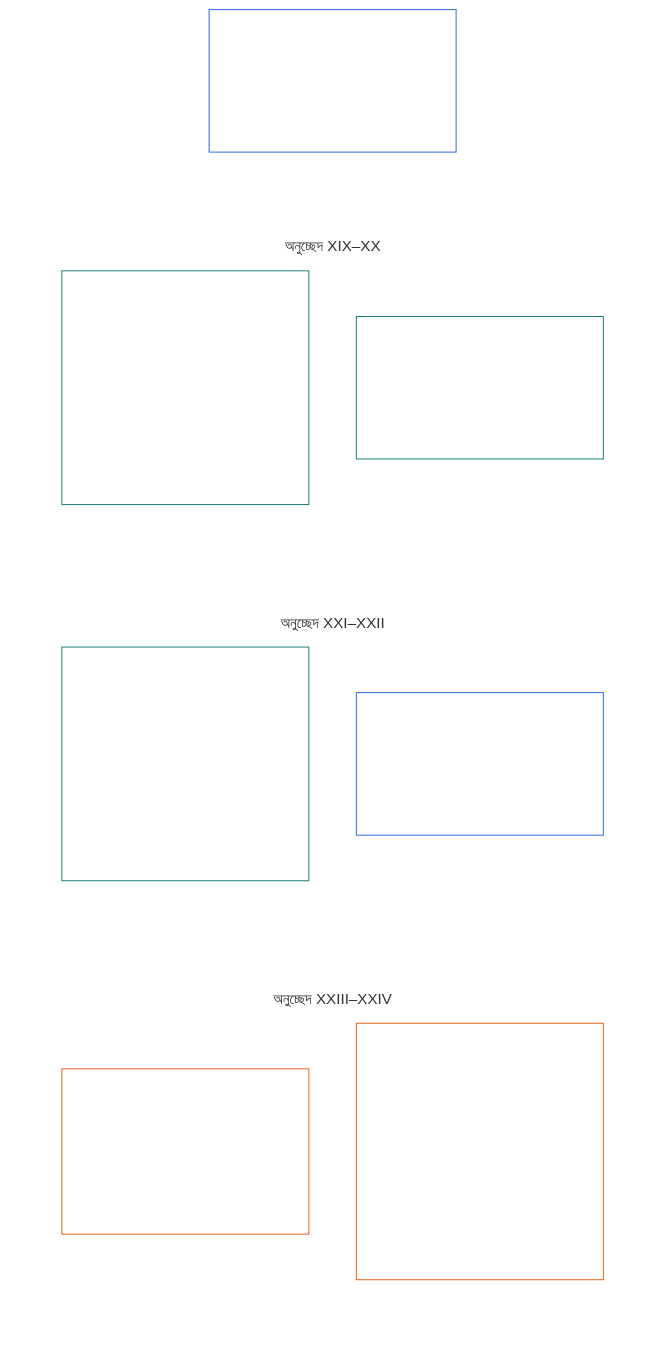
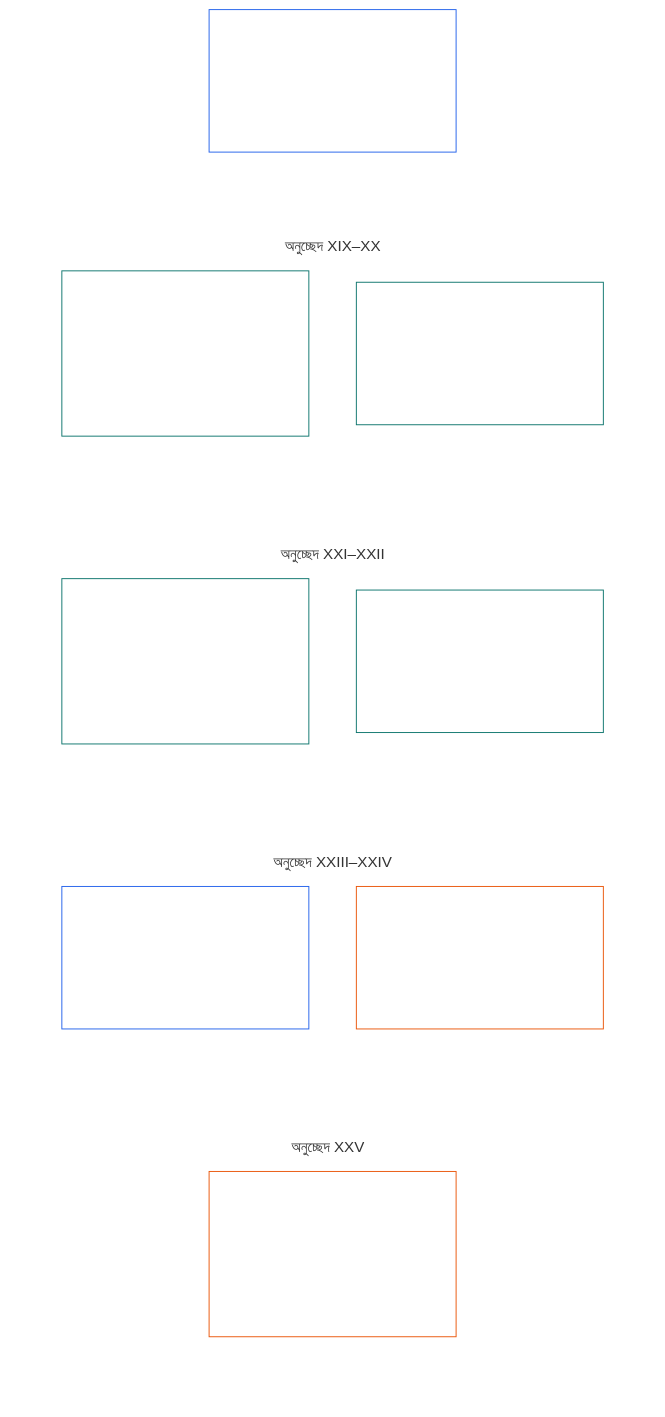
The diagram in translations/bn/core_06_rights_part_d.md (kfoelsch/Sentient_Constitution), drawn with Mermaid before and after one commit. The commit also changed other lines of this file and 353 other files, not shown here.

````diff
--- a/translations/bn/core_06_rights_part_d.md
+++ b/translations/bn/core_06_rights_part_d.md
@@ -40,36 +40,42 @@
 ```mermaid
 flowchart TB
-    D0["অংশ D<br/><br/>অবস্থান ও ন্যায়বিচার, আন্তঃকার্যক্ষমতা,<br/>বোধগম্যতা, মূল কারণ পর্যালোচনা ও সাংবিধানিক ব্যাখ্যা"]
+    D0["Part D<br/><br/>অবস্থান, ন্যায়বিচার, আন্তঃকার্যক্ষমতা, চলাচল ও আশ্রয়, বোধগম্যতা, মূল কারণ পর্যালোচনা ও সাংবিধানিক ব্যাখ্যা"]
     subgraph Dgrid[" "]
         direction TB
         subgraph Drow1["অনুচ্ছেদ XIX–XX"]
-            D1["অনুচ্ছেদ XIX · অবস্থান ও অংশগ্রহণের মর্যাদা<br/><br/>• অবস্থানের পার্থক্য<br/>• আপত্তি জানানোর অধিকার ও সীমাবদ্ধতার অনুপাত<br/>• নির্দিষ্ট পথের যোগ্যতা, দায়িত্ব ও নিরবচ্ছিন্ন নিরীক্ষা<br/>• চলাচল, আশ্রয় ও রাষ্ট্রহীনতা রোধ"]
-            D2["অনুচ্ছেদ XX · যাচাইকৃত লঙ্ঘনের পর ন্যায়বিচার<br/><br/>• ন্যায়বিচারের উদ্দেশ্য ও পরিসর<br/>• বিধিনিষেধের ন্যূনতম মান"]
+            D1["অনুচ্ছেদ XIX · অংশগ্রহণের মর্যাদা ও অবস্থা<br/><br/>• অবস্থানের পার্থক্য; আপত্তি ও সীমা; যোগ্যতা, লঙ্ঘন ও লক; ভোট ও বিশেষ লক"]
+            D2["অনুচ্ছেদ XX · যাচাইকৃত লঙ্ঘনের পর ন্যায়বিচার<br/><br/>• ন্যায়বিচারের লক্ষ্য ও পরিধি; সীমাবিধির ন্যূনতম মান"]
         end
         subgraph Drow2["অনুচ্ছেদ XXI–XXII"]
-            D3["অনুচ্ছেদ XXI · আন্তঃকার্যক্ষমতা, বহনযোগ্যতা, চলাচল, আশ্রয় ও প্রস্থানের অখণ্ডতা<br/><br/>• বহনযোগ্যতা<br/>• পারস্পরিক আন্তঃকার্যক্ষমতার সীমা<br/>• আটকে রাখার বিরুদ্ধে নিয়ম<br/>• চলাচল, অভিবাসন, আশ্রয় ও রাষ্ট্রহীনতা রোধ"]
-            D4["অনুচ্ছেদ XXII · বোধগম্যতা ও জটিলতার দায়িত্বশীল ব্যবস্থাপনা<br/><br/>• আনুপাতিক বোধগম্যতার অধিকার<br/>• জটিলতা নিরীক্ষা ও মডুলারিটির শর্ত"]
+            D3["অনুচ্ছেদ XXI · আন্তঃকার্যক্ষমতা, বহনযোগ্যতা ও প্রস্থানের অখণ্ডতা<br/><br/>• বহনযোগ্যতা; পারস্পরিক আন্তঃকার্যক্ষমতা; আটকে রাখা প্রতিরোধ; উন্মুক্ত বিন্যাস ও মান"]
+            D4["অনুচ্ছেদ XXII · চলাচল, আশ্রয় ও রাষ্ট্রহীনতা রোধ<br/><br/>• চলাচল; আশ্রয়; রাষ্ট্রহীনতা রোধ; সীমা, হেফাজত ও জরুরি ব্যবস্থা"]
         end
         subgraph Drow3["অনুচ্ছেদ XXIII–XXIV"]
-            D5["অনুচ্ছেদ XXIII · মূল কারণ বিশ্লেষণ ও অভিযোজিত প্রতিক্রিয়া<br/><br/>• রোগনির্ণয়ের কঠোরতা ও কারণ নির্ধারণ<br/>• নিরীক্ষাযোগ্যতা, আপত্তি ও প্রত্যাবর্তনযোগ্যতাকে অগ্রাধিকার"]
-            D6["অনুচ্ছেদ XXIV · সাংবিধানিক ব্যাখ্যা, পর্যালোচনা ও দখল প্রতিরোধের সুরক্ষা<br/><br/>• সীমাবদ্ধ ব্যাখ্যামূলক ম্যান্ডেট<br/>• গঠন, পর্যায়ক্রমিক বদল ও স্বার্থ-সংঘাত নিয়ন্ত্রণ<br/>• প্রকাশ্য যুক্তি, আপত্তির অধিকার ও বাহ্যিক পর্যালোচনা<br/>• কারণসাপেক্ষ অপসারণ ও প্রাতিষ্ঠানিক গেঁথে যাওয়া প্রতিরোধ"]
+            D5["অনুচ্ছেদ XXIII · বোধগম্যতা ও জটিলতার দায়িত্বশীল তত্ত্বাবধান<br/><br/>• আনুপাতিক বোধগম্যতা; জটিলতা নিরীক্ষা ও মডুলারিটি"]
+            D6["অনুচ্ছেদ XXIV · মূল কারণ বিশ্লেষণ ও অভিযোজিত প্রতিক্রিয়া<br/><br/>• রোগনির্ণয়; কারণ-আরোপ; নিরীক্ষা, চ্যালেঞ্জ ও প্রত্যাবর্তনযোগ্যতা"]
+        end
+        subgraph Drow4["অনুচ্ছেদ XXV"]
+            D7["অনুচ্ছেদ XXV · সাংবিধানিক ব্যাখ্যা, পর্যালোচনা ও দখল প্রতিরোধের সুরক্ষা<br/><br/>• সীমিত ম্যান্ডেট; স্বাধীন পর্যালোচনা; অপসারণ ও প্রাতিষ্ঠানিক গেঁথে যাওয়া প্রতিরোধ"]
         end
     end
-    %% অদৃশ্য সংযোগ দুই-কলামের গ্রিড বাধ্যতামূলক করে: প্রতিটি লিংক লক্ষ্যকে এক স্তর নিচে রাখে।
+    %% Invisible links place the cards in the source reading order.
     D0 ~~~ D1 & D2
     D1 ~~~ D3
     D2 ~~~ D4
     D3 ~~~ D5
     D4 ~~~ D6
+    D5 & D6 ~~~ D7
     style Dgrid fill:none,stroke:none
     style Drow1 fill:none,stroke:none
     style Drow2 fill:none,stroke:none
     style Drow3 fill:none,stroke:none
+    style Drow4 fill:none,stroke:none
     style D0 fill:none,stroke:#2563eb,color:#ffffff
     style D1 fill:none,stroke:#0f766e,color:#ffffff
     style D2 fill:none,stroke:#0f766e,color:#ffffff
     style D3 fill:none,stroke:#0f766e,color:#ffffff
-    style D4 fill:none,stroke:#2563eb,color:#ffffff
-    style D5 fill:none,stroke:#ea580c,color:#ffffff
+    style D4 fill:none,stroke:#0f766e,color:#ffffff
+    style D5 fill:none,stroke:#2563eb,color:#ffffff
     style D6 fill:none,stroke:#ea580c,color:#ffffff
+    style D7 fill:none,stroke:#ea580c,color:#ffffff
 ```
````
